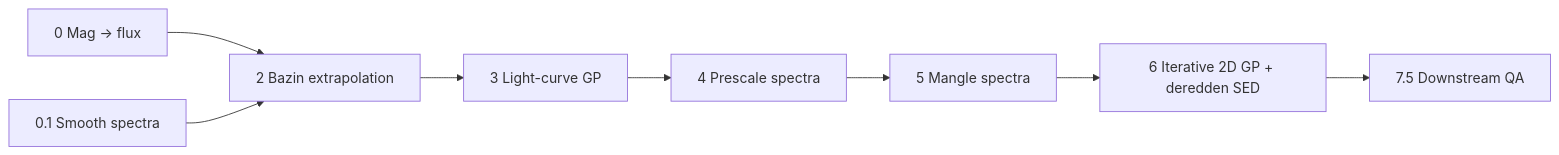
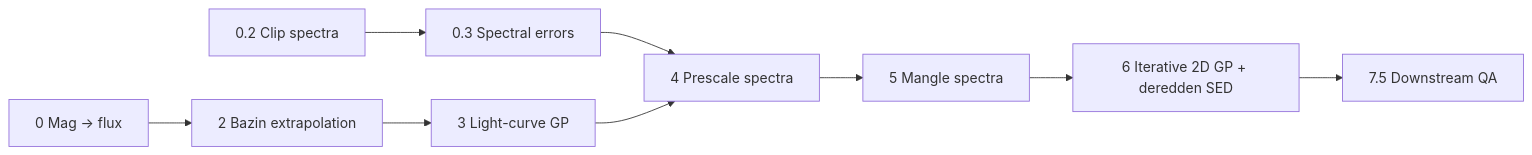
One commit to ravkaur20/kn-sed-pipeline changed the diagram in README.md. Above: the diagram before and after it, drawn with Mermaid. The commit also changed other lines of this file and 12 other files, not shown here.

````diff
--- a/README.md
+++ b/README.md
@@ -182,14 +183,16 @@
 ```mermaid
 flowchart LR
   s0["0 Mag → flux"]
-  nb01["0.1 Smooth spectra"]
+  nb02["0.2 Clip spectra"]
+  nb03["0.3 Spectral errors"]
   nb2["2 Bazin extrapolation"]
   s3["3 Light-curve GP"]
   s4["4 Prescale spectra"]
   s5["5 Mangle spectra"]
   s6["6 Iterative 2D GP + deredden SED"]
   qa["7.5 Downstream QA"]
 
   s0 --> nb2
-  nb01 --> nb2 --> s3 --> s4 --> s5 --> s6 --> qa
+  nb02 --> nb03 --> s4
+  nb2 --> s3 --> s4 --> s5 --> s6 --> qa
 ```
````
